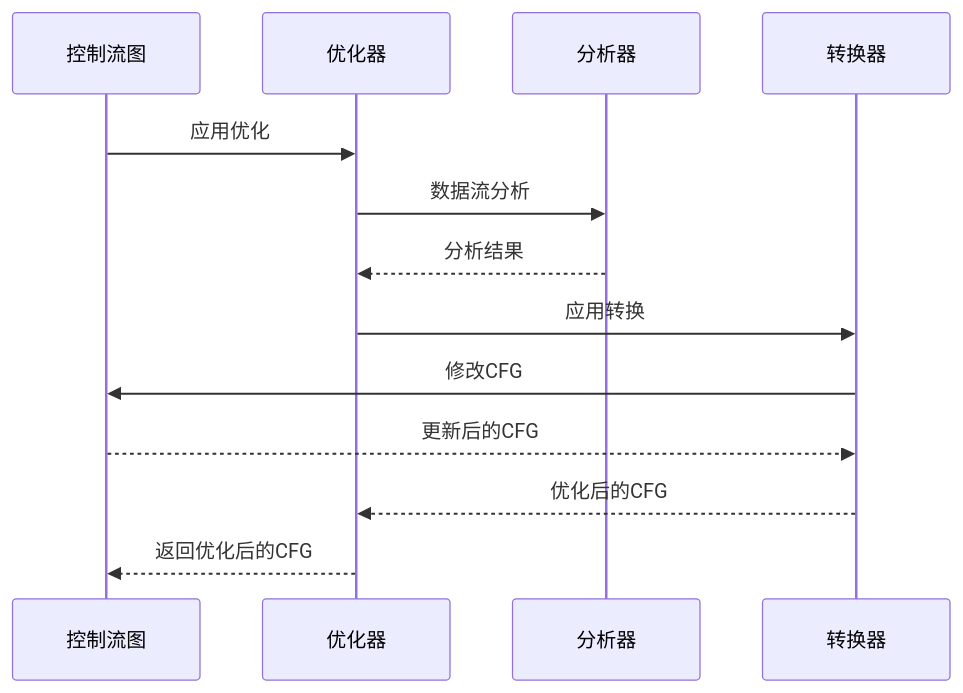
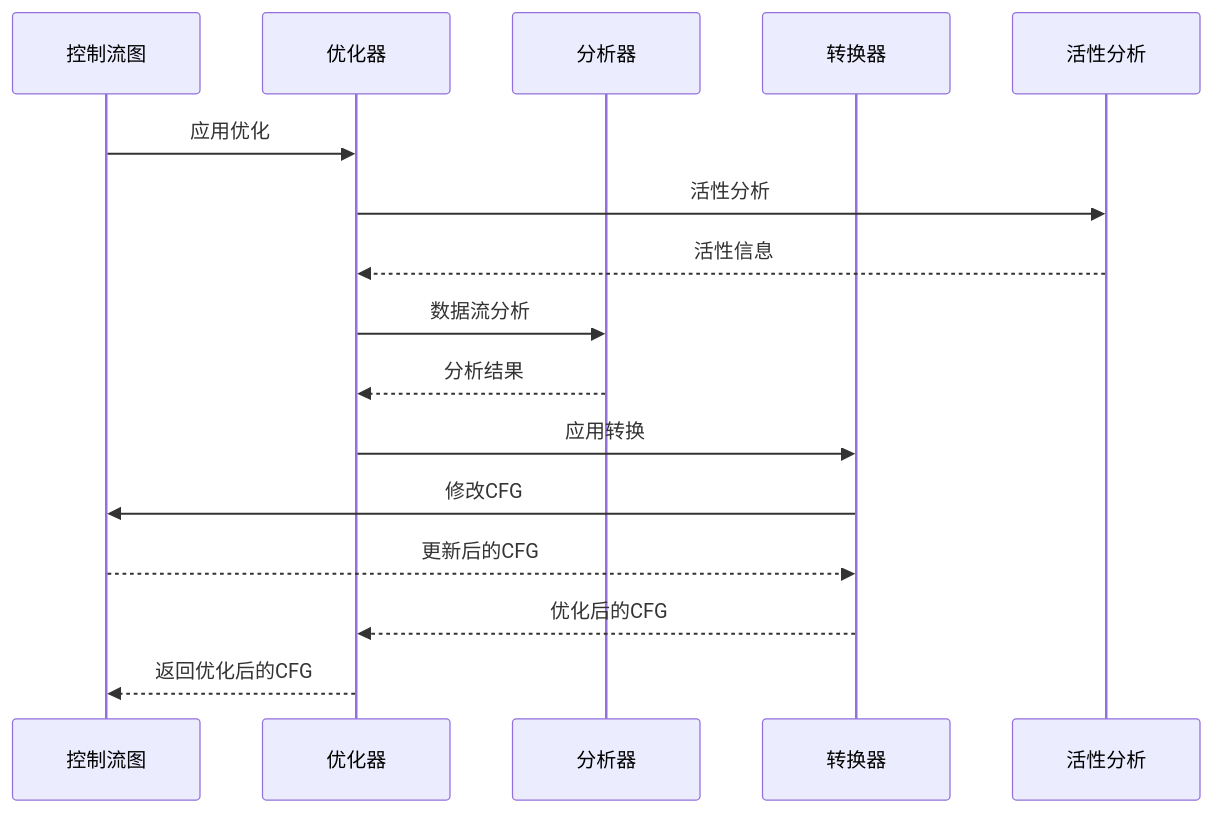
Before and after one commit to whtoo/How_to_implment_PL_in_Antlr4: the fifth of 9 diagrams in ep20/docs/compilation-sequence.md, drawn with Mermaid. The commit also changed other lines of this file and 11 other files, not shown here.

First line of the commit message:
docs(README): 更新项目文档和架构图

````diff
--- a/ep20/docs/compilation-sequence.md
+++ b/ep20/docs/compilation-sequence.md
@@ -100,16 +114,19 @@
 ```mermaid
 sequenceDiagram
     participant CFG as 控制流图
     participant Optimizer as 优化器
     participant Analysis as 分析器
     participant Transform as 转换器
+    participant Liveness as 活性分析
 
     CFG->>Optimizer: 应用优化
+    Optimizer->>Liveness: 活性分析
+    Liveness-->>Optimizer: 活性信息
     Optimizer->>Analysis: 数据流分析
     Analysis-->>Optimizer: 分析结果
     Optimizer->>Transform: 应用转换
     Transform->>CFG: 修改CFG
     CFG-->>Transform: 更新后的CFG
     Transform-->>Optimizer: 优化后的CFG
     Optimizer-->>CFG: 返回优化后的CFG
 ```
````
